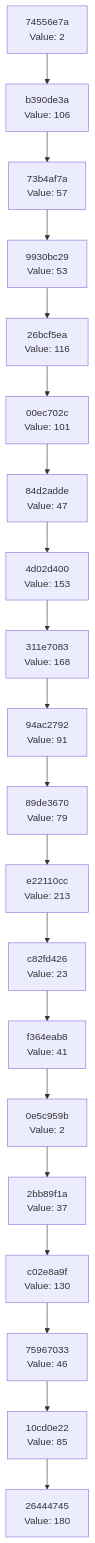
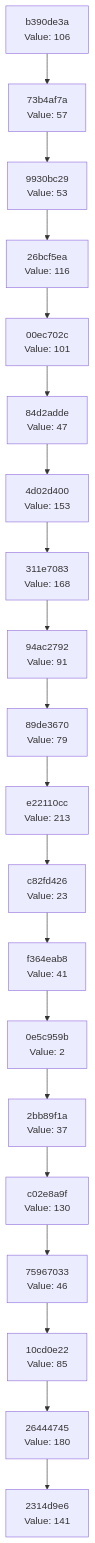
Before and after one commit to Abhisheksinha1506/hash-chain-evolver: the diagram in docs/CHAIN_VISUALIZATION.md, drawn with Mermaid. The commit also changed 2 other files, not shown here.

Commit message:
Evolution Step

````diff
--- a/docs/CHAIN_VISUALIZATION.md
+++ b/docs/CHAIN_VISUALIZATION.md
@@ -3,42 +3,42 @@
 ```mermaid
 graph TD
-    C0["26444745<br/>Value: 180"]
-    C1["10cd0e22<br/>Value: 85"]
+    C0["2314d9e6<br/>Value: 141"]
+    C1["26444745<br/>Value: 180"]
     C1 --> C0
-    C2["75967033<br/>Value: 46"]
+    C2["10cd0e22<br/>Value: 85"]
     C2 --> C1
-    C3["c02e8a9f<br/>Value: 130"]
+    C3["75967033<br/>Value: 46"]
     C3 --> C2
-    C4["2bb89f1a<br/>Value: 37"]
+    C4["c02e8a9f<br/>Value: 130"]
     C4 --> C3
-    C5["0e5c959b<br/>Value: 2"]
+    C5["2bb89f1a<br/>Value: 37"]
     C5 --> C4
-    C6["f364eab8<br/>Value: 41"]
+    C6["0e5c959b<br/>Value: 2"]
     C6 --> C5
-    C7["c82fd426<br/>Value: 23"]
+    C7["f364eab8<br/>Value: 41"]
     C7 --> C6
-    C8["e22110cc<br/>Value: 213"]
+    C8["c82fd426<br/>Value: 23"]
     C8 --> C7
-    C9["89de3670<br/>Value: 79"]
+    C9["e22110cc<br/>Value: 213"]
     C9 --> C8
-    C10["94ac2792<br/>Value: 91"]
+    C10["89de3670<br/>Value: 79"]
     C10 --> C9
-    C11["311e7083<br/>Value: 168"]
+    C11["94ac2792<br/>Value: 91"]
     C11 --> C10
-    C12["4d02d400<br/>Value: 153"]
+    C12["311e7083<br/>Value: 168"]
     C12 --> C11
-    C13["84d2adde<br/>Value: 47"]
+    C13["4d02d400<br/>Value: 153"]
     C13 --> C12
-    C14["00ec702c<br/>Value: 101"]
+    C14["84d2adde<br/>Value: 47"]
     C14 --> C13
-    C15["26bcf5ea<br/>Value: 116"]
+    C15["00ec702c<br/>Value: 101"]
     C15 --> C14
-    C16["9930bc29<br/>Value: 53"]
+    C16["26bcf5ea<br/>Value: 116"]
     C16 --> C15
-    C17["73b4af7a<br/>Value: 57"]
+    C17["9930bc29<br/>Value: 53"]
     C17 --> C16
-    C18["b390de3a<br/>Value: 106"]
+    C18["73b4af7a<br/>Value: 57"]
     C18 --> C17
-    C19["74556e7a<br/>Value: 2"]
+    C19["b390de3a<br/>Value: 106"]
     C19 --> C18
 ```
````
